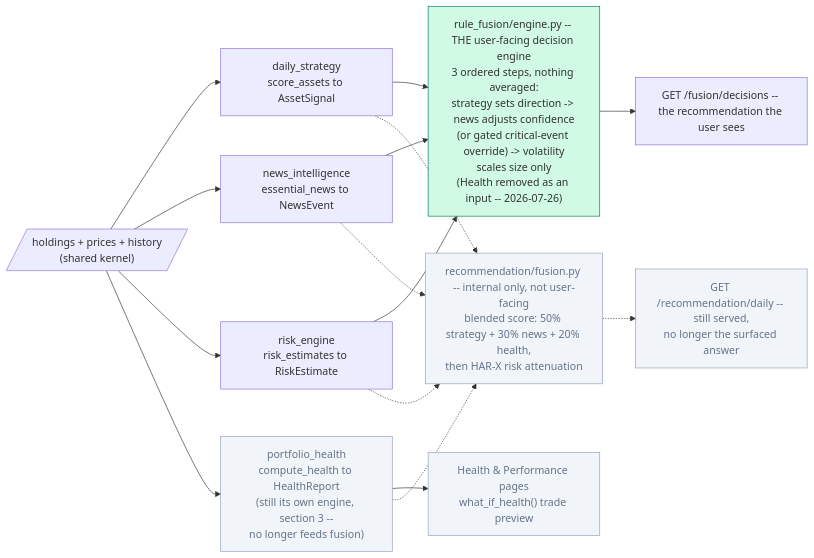
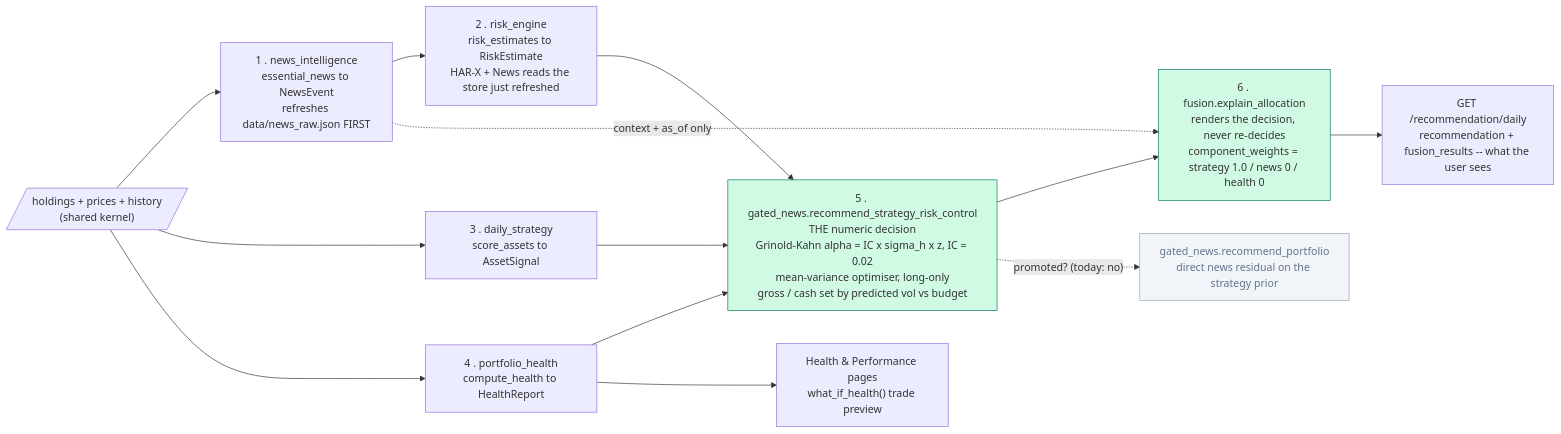
The second of 3 diagrams in docs/AURORA-system-architecture.md (lmh202/finance_prj), drawn with Mermaid before and after one commit. The commit also changed other lines of this file and 1 other file, not shown here.

Commit message:
initial poster draft added. updated docs/AURORA-system-architecture.md

````diff
--- a/docs/AURORA-system-architecture.md
+++ b/docs/AURORA-system-architecture.md
@@ -144,28 +147,25 @@
 ```mermaid
 flowchart LR
     KERNEL[/"holdings + prices + history<br/>(shared kernel)"/]
 
-    KERNEL --> STRAT2["daily_strategy<br/>score_assets to AssetSignal"]
-    KERNEL --> NEWS2["news_intelligence<br/>essential_news to NewsEvent"]
-    KERNEL --> RISK2["risk_engine<br/>risk_estimates to RiskEstimate"]
+    KERNEL --> N1["1 . news_intelligence<br/>essential_news to NewsEvent<br/>refreshes data/news_raw.json FIRST"]
+    N1 --> R1["2 . risk_engine<br/>risk_estimates to RiskEstimate<br/>HAR-X + News reads the store just refreshed"]
+    KERNEL --> S1["3 . daily_strategy<br/>score_assets to AssetSignal"]
+    KERNEL --> H1["4 . portfolio_health<br/>compute_health to HealthReport"]
 
-    STRAT2 --> LEDGER["rule_fusion/engine.py -- THE user-facing decision engine<br/>3 ordered steps, nothing averaged:<br/>strategy sets direction -> news adjusts confidence<br/>(or gated critical-event override) -> volatility<br/>scales size only<br/>(Health removed as an input -- 2026-07-26)"]
-    NEWS2 --> LEDGER
-    RISK2 --> LEDGER
-    LEDGER --> OUT2["GET /fusion/decisions -- the recommendation the user sees"]
+    R1 --> OPT["5 . gated_news.recommend_strategy_risk_control<br/>THE numeric decision<br/>Grinold-Kahn alpha = IC x sigma_h x z, IC = 0.02<br/>mean-variance optimiser, long-only<br/>gross / cash set by predicted vol vs budget"]
+    S1 --> OPT
+    H1 --> OPT
 
-    KERNEL --> HEALTH2["portfolio_health<br/>compute_health to HealthReport<br/>(still its own engine, section 3 --<br/>no longer feeds fusion)"]
-    HEALTH2 --> HEALTHOUT["Health & Performance pages<br/>what_if_health() trade preview"]
+    OPT --> EXP["6 . fusion.explain_allocation<br/>renders the decision, never re-decides<br/>component_weights = strategy 1.0 / news 0 / health 0"]
+    N1 -.->|"context + as_of only"| EXP
 
-    STRAT2 -.-> FUSIONP["recommendation/fusion.py -- internal only, not user-facing<br/>blended score: 50% strategy + 30% news + 20% health,<br/>then HAR-X risk attenuation"]
-    NEWS2 -.-> FUSIONP
-    HEALTH2 -.-> FUSIONP
-    RISK2 -.-> FUSIONP
-    FUSIONP -.-> OUT1["GET /recommendation/daily -- still served,<br/>no longer the surfaced answer"]
+    EXP --> OUT["GET /recommendation/daily<br/>recommendation + fusion_results -- what the user sees"]
+    H1 --> HEALTHOUT["Health & Performance pages<br/>what_if_health() trade preview"]
 
-    style LEDGER fill:#D1FAE5,stroke:#047857
-    style FUSIONP fill:#F1F5F9,stroke:#94A3B8,color:#64748B
-    style OUT1 fill:#F1F5F9,stroke:#94A3B8,color:#64748B
-    style HEALTH2 fill:#F1F5F9,stroke:#94A3B8,color:#64748B
-    style HEALTHOUT fill:#F1F5F9,stroke:#94A3B8,color:#64748B
+    OPT -.->|"promoted? (today: no)"| GATED["gated_news.recommend_portfolio<br/>direct news residual on the strategy prior"]
+
+    style OPT fill:#D1FAE5,stroke:#047857
+    style EXP fill:#D1FAE5,stroke:#047857
+    style GATED fill:#F1F5F9,stroke:#94A3B8,color:#64748B
 ```
````
